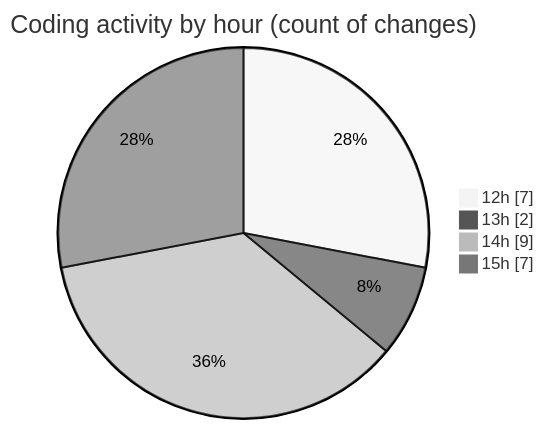
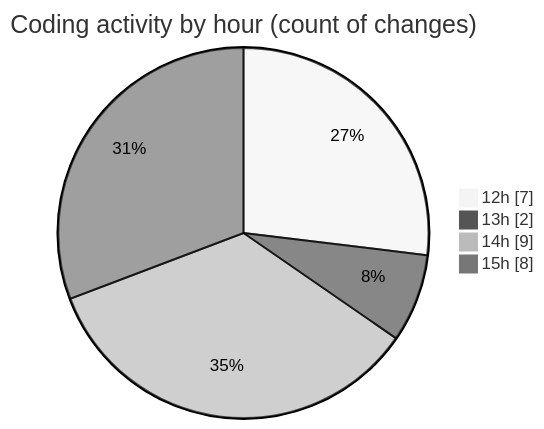
Before and after one commit to nxtqubesakshisongat/code-tracking: the second of 2 diagrams in 2026-06-24/nxtqube_webapp/README.md, drawn with Mermaid (neutral theme). The commit also changed other lines of this file and 1 other file, not shown here.

````diff
--- a/2026-06-24/nxtqube_webapp/README.md
+++ b/2026-06-24/nxtqube_webapp/README.md
@@ -31,8 +31,8 @@
 ```mermaid
 pie showData
 title Coding activity by hour (count of changes)
 "12h" : 7
 "13h" : 2
 "14h" : 9
-"15h" : 7
+"15h" : 8
 ```
````
